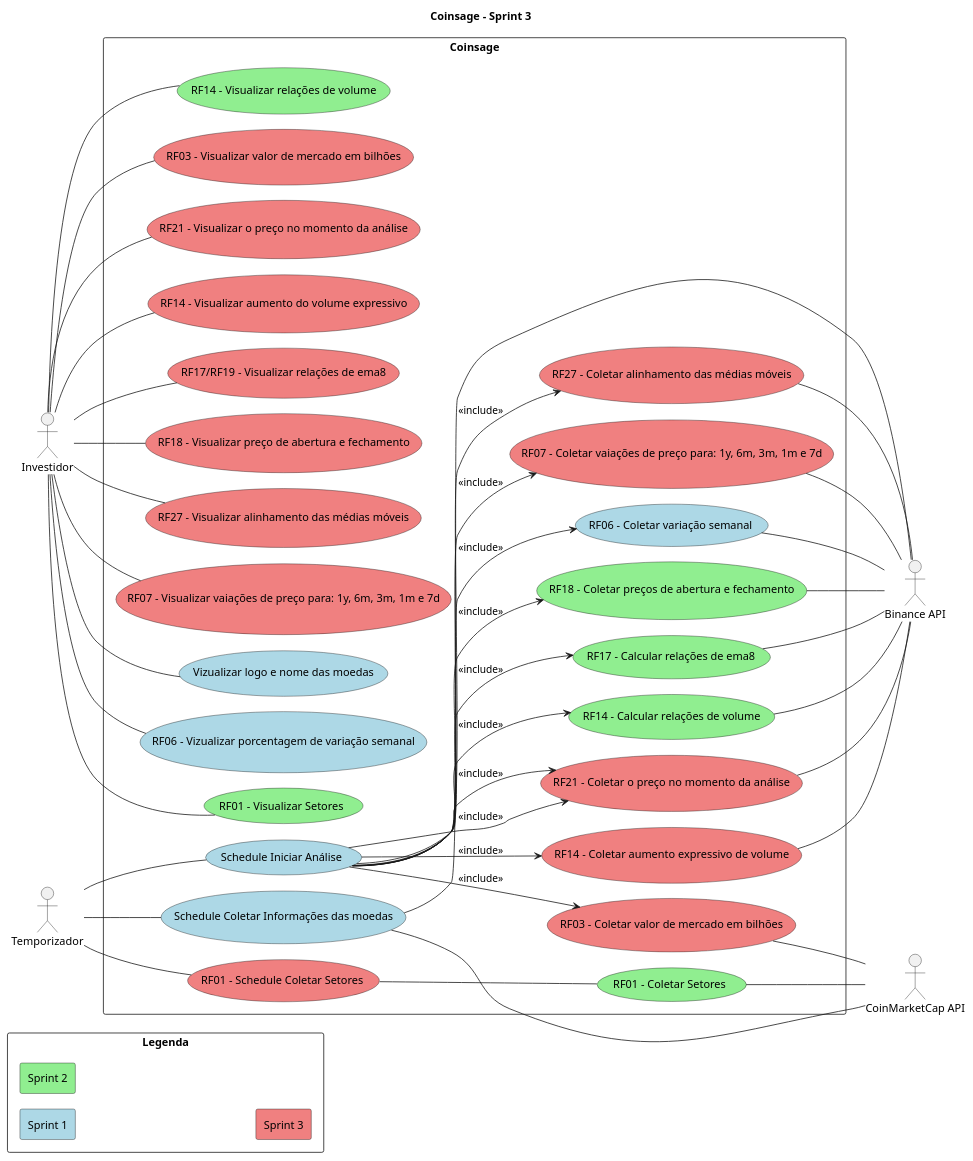
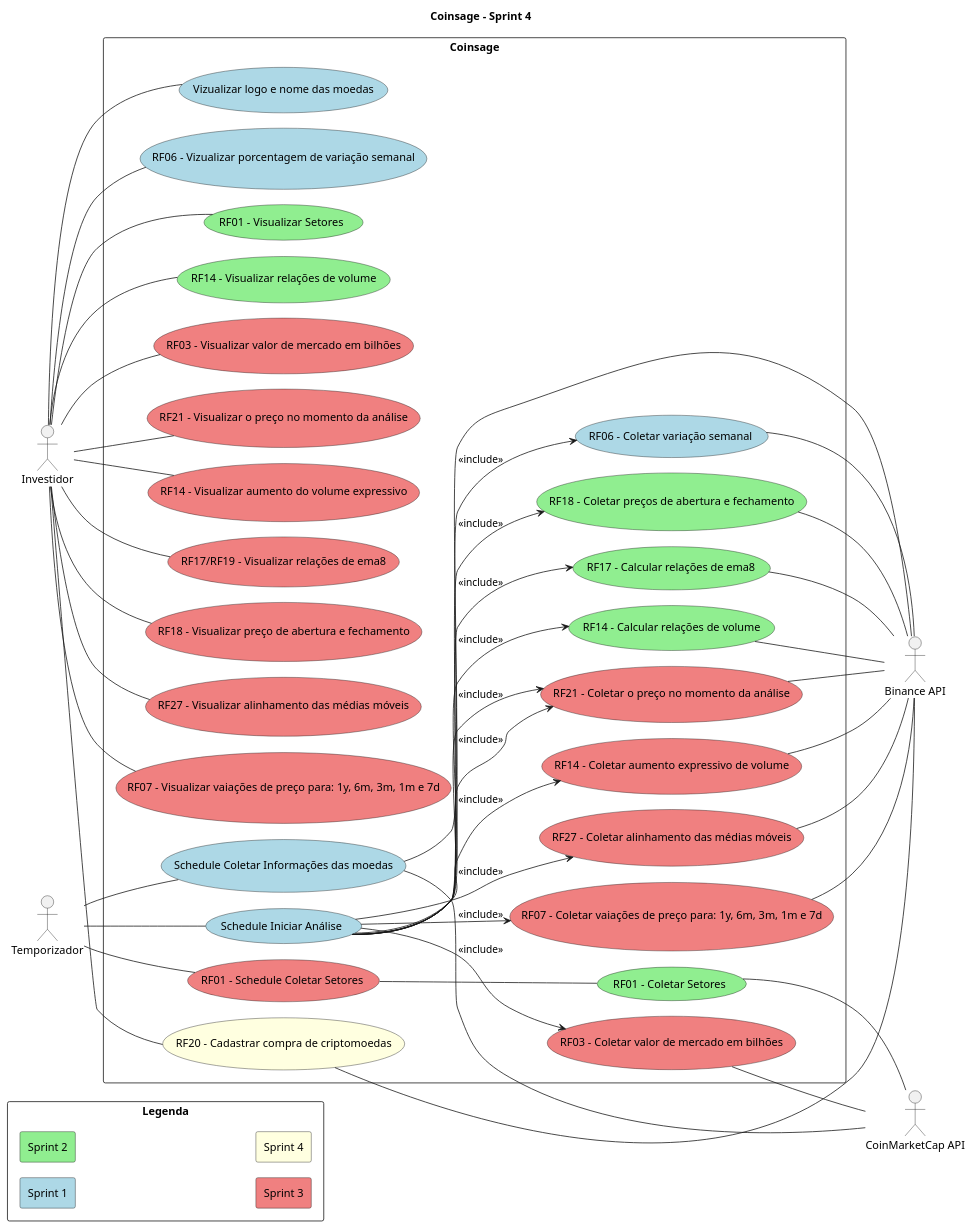
Before and after one commit to ICEI-PUC-Minas-PPLES-TI/plf-es-2024-1-ti3-8981100-coinsage: the diagram in Artefatos/diagramas/casos_de_uso/use_cases.plantuml, drawn with PlantUML. The commit also changed 4 other files, not shown here.

Commit message:
adding diagram for uc RF20

```diff
--- a/Artefatos/diagramas/casos_de_uso/use_cases.plantuml
+++ b/Artefatos/diagramas/casos_de_uso/use_cases.plantuml
@@ -1,108 +1,115 @@
 @startuml
-title Coinsage - Sprint 3
+title Coinsage - Sprint 4
 
 left to right direction
 actor "Investidor" as investor
 actor "Temporizador" as schedule
 actor "Binance API" as binance
 actor "CoinMarketCap API" as cmc
 
 rectangle "Legenda"{
     skinparam minClassWidth 10
     skinparam nodesep 1
     skinparam ranksep 1
 
     rectangle "Sprint 1" #LightBlue
     rectangle "Sprint 2" #LightGreen
     rectangle "Sprint 3" #LightCoral
-    ' rectangle "Sprint 4" #LightYellow
+    rectangle "Sprint 4" #LightYellow
+    ' rectangle "Sprint 5" #LightPink
 }
 
 rectangle "Coinsage"{
     skinparam nodesep 20
 
     ' Schedules use cases
     ' Sp1
     usecase "Schedule Coletar Informações das moedas" as sch_cripto_info #LightBlue
     usecase "Schedule Iniciar Análise" as sch_analysis #LightBlue
     ' Sp3
     usecase "RF01 - Schedule Coletar Setores" as sch_sectors #LightCoral /' Should be sprint 2 but not ended '/
 
     ' Analyse use cases
     ' Sp1
     usecase "RF06 - Coletar variação semanal" as collect_cripto_week_incresse #LightBlue
     ' Sp2
     usecase "RF01 - Coletar Setores" as collect_sectors #LightGreen
     usecase "RF18 - Coletar preços de abertura e fechamento" as collect_cripto_open_close #LightGreen
     usecase "RF17 - Calcular relações de ema8" as collect_ema8_relations #LightGreen
     usecase "RF14 - Calcular relações de volume" as collect_volume_relations #LightGreen
     ' Sp3
     usecase "RF03 - Coletar valor de mercado em bilhões" as collect_market_cap #LightCoral /' Should be sprint 2 but not ended '/
     usecase "RF21 - Coletar o preço no momento da análise" as collect_cripto_current_price #LightCoral /' Should be sprint 2 but not ended '/
     usecase "RF14 - Coletar aumento expressivo de volume" as collect_expressive_volume_date #LightCoral /' Should be sprint 2 but not ended '/
     usecase "RF27 - Coletar alinhamento das médias móveis" as collect_emas_aligned #LightCoral
     usecase "RF07 - Coletar vaiações de preço para: 1y, 6m, 3m, 1m e 7d" as collect_cripto_price_variations #LightCoral
 
     ' Report use cases
     ' Sp1
     usecase "Vizualizar logo e nome das moedas" as view_cripto_info #LightBlue
     usecase "RF06 - Vizualizar porcentagem de variação semanal" as view_cripto_week_incresse #LightBlue
     ' Sp2
     usecase "RF01 - Visualizar Setores" as view_sectors #LightGreen
     usecase "RF14 - Visualizar relações de volume" as view_volume_relations #LightGreen
     ' Sp3
     usecase "RF03 - Visualizar valor de mercado em bilhões" as view_market_cap #LightCoral /' Should be sprint 2 but not ended '/
     usecase "RF21 - Visualizar o preço no momento da análise" as view_cripto_current_price #LightCoral /' Should be sprint 2 but not ended '/
     usecase "RF14 - Visualizar aumento do volume expressivo" as view_expressive_volume_increase #LightCoral /' Should be sprint 2 but not ended '/
     usecase "RF17/RF19 - Visualizar relações de ema8" as view_ema8_relations #LightCoral /' Should be sprint 2 but not ended '/
     usecase "RF18 - Visualizar preço de abertura e fechamento" as view_cripto_open_close #LightCoral /' Should be sprint 2 but not ended '/
     usecase "RF27 - Visualizar alinhamento das médias móveis" as view_emas_aligned #LightCoral
     usecase "RF07 - Visualizar vaiações de preço para: 1y, 6m, 3m, 1m e 7d" as view_cripto_price_variations #LightCoral
+
+    ' Wallet usecases
+    ' Sp4
+    usecase "RF20 - Cadastrar compra de criptomoedas" as register_cripto #LightYellow
 }
 
 ' Schedules use cases
 schedule -- sch_analysis
 schedule -- sch_cripto_info
 schedule -- sch_sectors
 
 ' APIS use cases
+register_cripto -- binance
 sch_cripto_info -- binance
 sch_cripto_info -- cmc
 collect_cripto_week_incresse -- binance
 collect_cripto_current_price -- binance
 collect_cripto_open_close -- binance
 collect_ema8_relations -- binance
 collect_volume_relations -- binance
 collect_expressive_volume_date -- binance
 collect_market_cap -- cmc
 collect_emas_aligned -- binance
 collect_cripto_price_variations -- binance
 sch_sectors -- collect_sectors
 collect_sectors -- cmc
 
 ' Investor use cases
 investor -- view_sectors
 investor -- view_cripto_info
 investor -- view_cripto_week_incresse
 investor -- view_cripto_current_price
 investor -- view_cripto_open_close
 investor -- view_ema8_relations
 investor -- view_volume_relations
 investor -- view_expressive_volume_increase
 investor -- view_market_cap
 investor -- view_emas_aligned
 investor -- view_cripto_price_variations
+investor -- register_cripto
 
 ' Use cases relations
 sch_analysis --> collect_cripto_week_incresse  : <<include>>
 sch_analysis --> collect_cripto_current_price  : <<include>>
 sch_analysis --> collect_cripto_open_close  : <<include>>
 sch_analysis --> collect_ema8_relations  : <<include>>
 sch_analysis --> collect_volume_relations  : <<include>>
 sch_analysis --> collect_expressive_volume_date : <<include>>
 sch_analysis --> collect_market_cap : <<include>>
 sch_analysis --> collect_cripto_current_price : <<include>>
 sch_analysis --> collect_emas_aligned : <<include>>
 sch_analysis --> collect_cripto_price_variations : <<include>>
 
 @enduml
```
